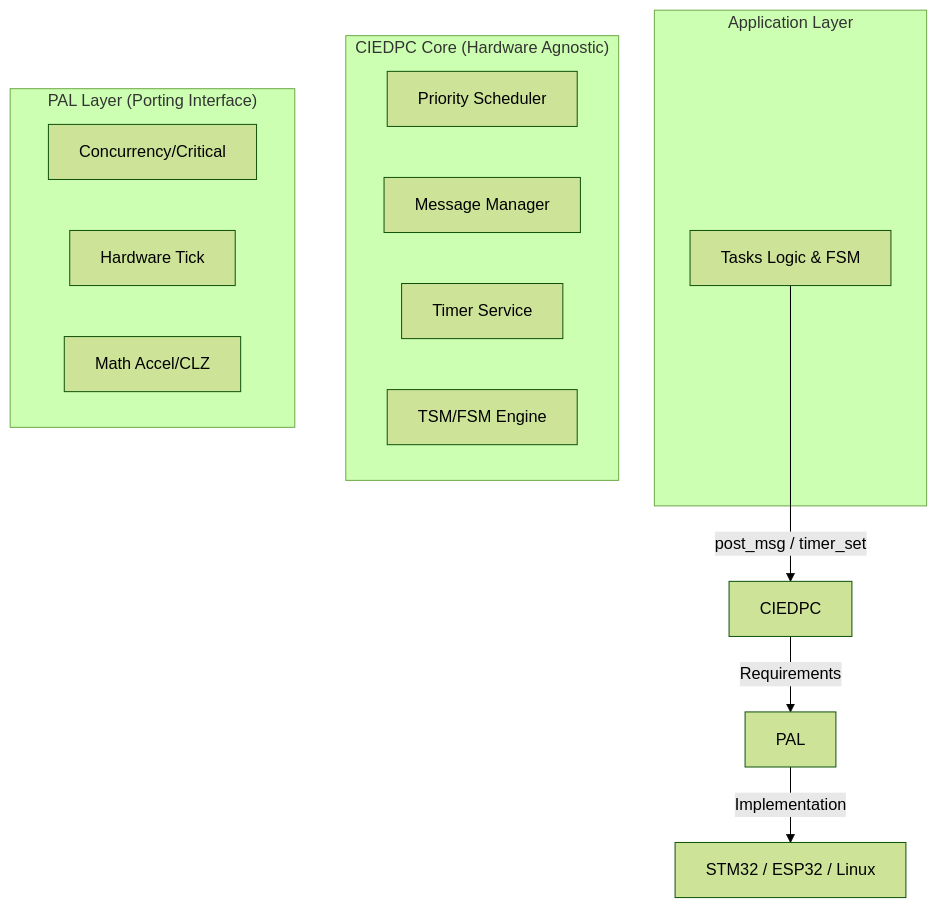
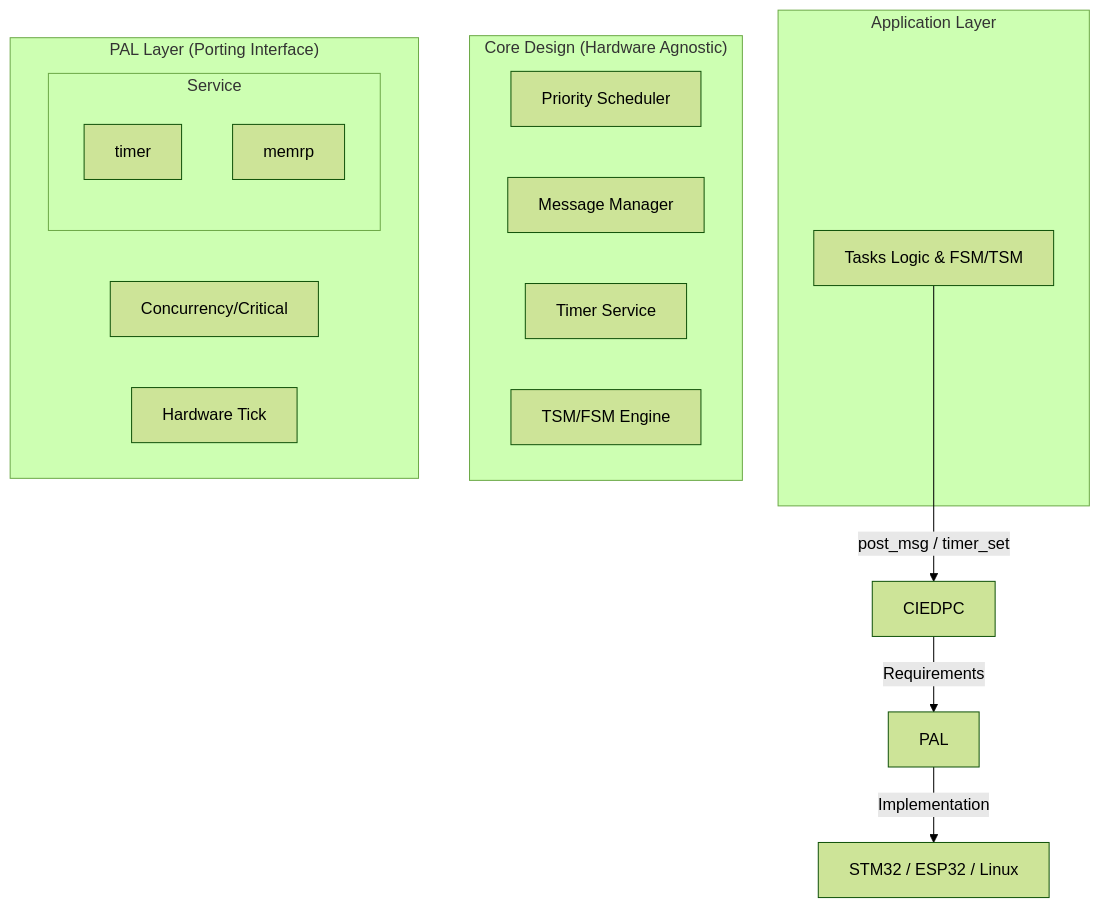
The diagram in README.md (1811htsang/CIEDPC-Custom-Independent-Event-Driven-Programming-Core), drawn with Mermaid (forest theme) before and after one commit. The commit also changed other lines of this file, not shown here.

````diff
--- a/README.md
+++ b/README.md
@@ -28,23 +28,26 @@
 ```mermaid
 graph TD
     subgraph "Application Layer"
-        App[Tasks Logic & FSM]
+        App[Tasks Logic & FSM/TSM]
     end
 
-    subgraph "CIEDPC Core (Hardware Agnostic)"
-        Shed[Priority Scheduler]
+    subgraph "Core Design (Hardware Agnostic)"
+        Sched[Priority Scheduler]
         Msg[Message Manager]
-        Timer[Timer Service]
+        CoreTimer[Timer Service]
         SM[TSM/FSM Engine]
     end
 
     subgraph "PAL Layer (Porting Interface)"
         Sync[Concurrency/Critical]
         HWT[Hardware Tick]
-        Math[Math Accel/CLZ]
+        subgraph "Service"
+            PalTimer[timer]
+            PalMemrp[memrp]
+        end
     end
 
     App -->|post_msg / timer_set| CIEDPC
     CIEDPC -->|Requirements| PAL
     PAL -->|Implementation| MCU[STM32 / ESP32 / Linux]
 ```
````
